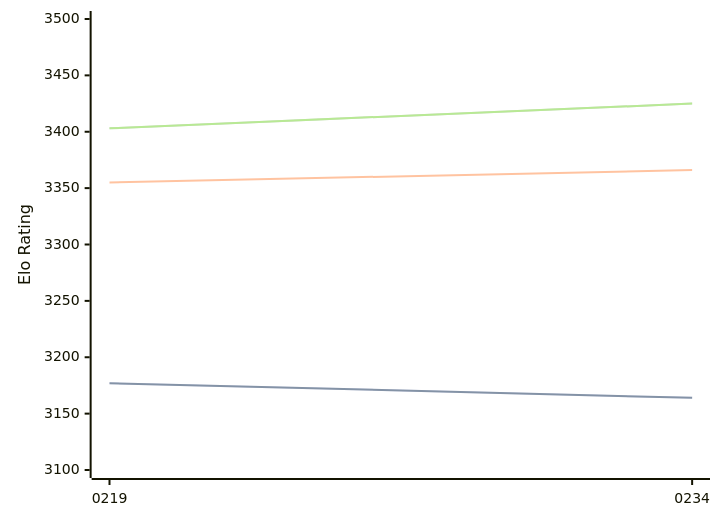
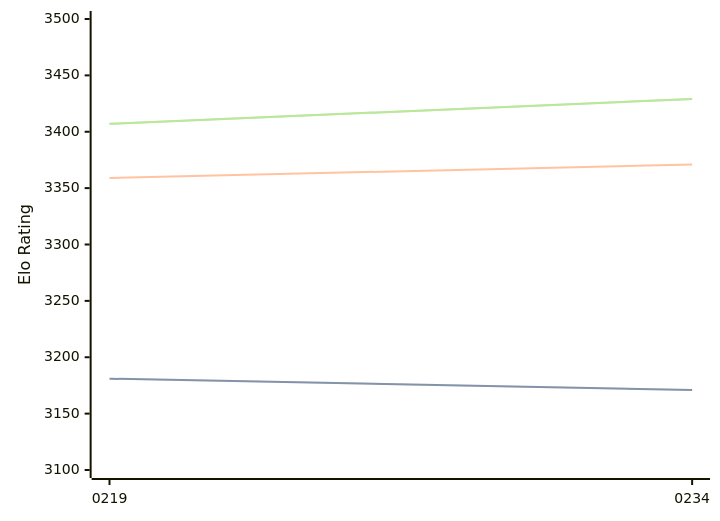
One commit to computer-chess-index/cci changed the diagram in engines/Ynode.md. Above: the diagram before and after it, drawn with Mermaid. The commit also changed other lines of this file, not shown here.

Commit message:
Update CCI Ratings (ELO VLTC) - 2026-04-18

````diff
--- a/engines/Ynode.md
+++ b/engines/Ynode.md
@@ -39,11 +39,11 @@
 ```mermaid
 %%{init: {"theme":"base","themeVariables":{"seriesColors:['#a3a3a3','#222221','#faa371']}}}%%
 xychart-beta
   x-axis ["0219", "0234"]
   y-axis "Elo Rating" 3100 --> 3500
-  line "STC (8.0+0.08s)" [3177, 3164]
-  line "STC (8.0+0.08s)" [3177, 3164]
-  line "LTC (60.0+0.60s)" [3355, 3366]
-  line "VLTC (2m24s+1.12s)" [3403, 3425]
-  line "VLTC (2m24s+1.12s)" [3403, 3425]
+  line "STC (8.0+0.08s)" [3181, 3171]
+  line "STC (8.0+0.08s)" [3181, 3171]
+  line "LTC (60.0+0.60s)" [3359, 3371]
+  line "VLTC (2m24s+1.12s)" [3407, 3429]
+  line "VLTC (2m24s+1.12s)" [3407, 3429]
 ```
````
